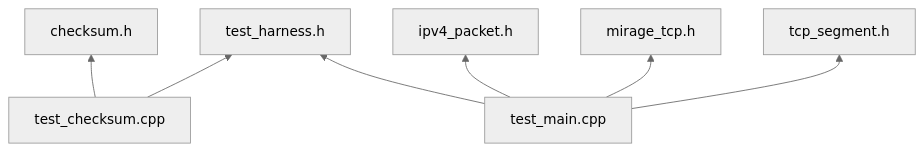
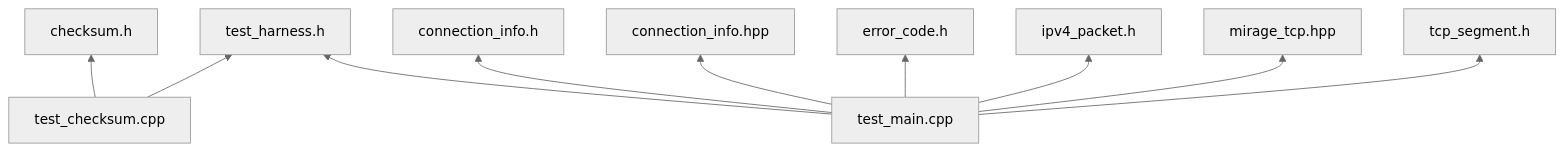
One commit to yin-hai-bo/mirage-tcp changed the third of 4 diagrams in docs/header-include-graph.md. Above: the diagram before and after it, drawn with Mermaid (neutral theme). The commit also changed other lines of this file and 17 other files, not shown here.

````diff
--- a/docs/header-include-graph.md
+++ b/docs/header-include-graph.md
@@ -47,19 +69,25 @@
 ```mermaid
 graph BT
+    connection_info_h["connection_info.h"]
+    connection_info_hpp["connection_info.hpp"]
     checksum["checksum.h"]
     ipv4_packet["ipv4_packet.h"]
-    mirage_tcp["mirage_tcp.h"]
+    mirage_tcp_hpp["mirage_tcp.hpp"]
+    error_code["error_code.h"]
     tcp_segment["tcp_segment.h"]
     test_harness["test_harness.h"]
 
     test_checksum_cpp["test_checksum.cpp"]
     test_main_cpp["test_main.cpp"]
 
     test_checksum_cpp --> checksum
     test_checksum_cpp --> test_harness
 
+    test_main_cpp --> connection_info_h
+    test_main_cpp --> connection_info_hpp
+    test_main_cpp --> error_code
     test_main_cpp --> ipv4_packet
-    test_main_cpp --> mirage_tcp
+    test_main_cpp --> mirage_tcp_hpp
     test_main_cpp --> tcp_segment
     test_main_cpp --> test_harness
 ```
````
